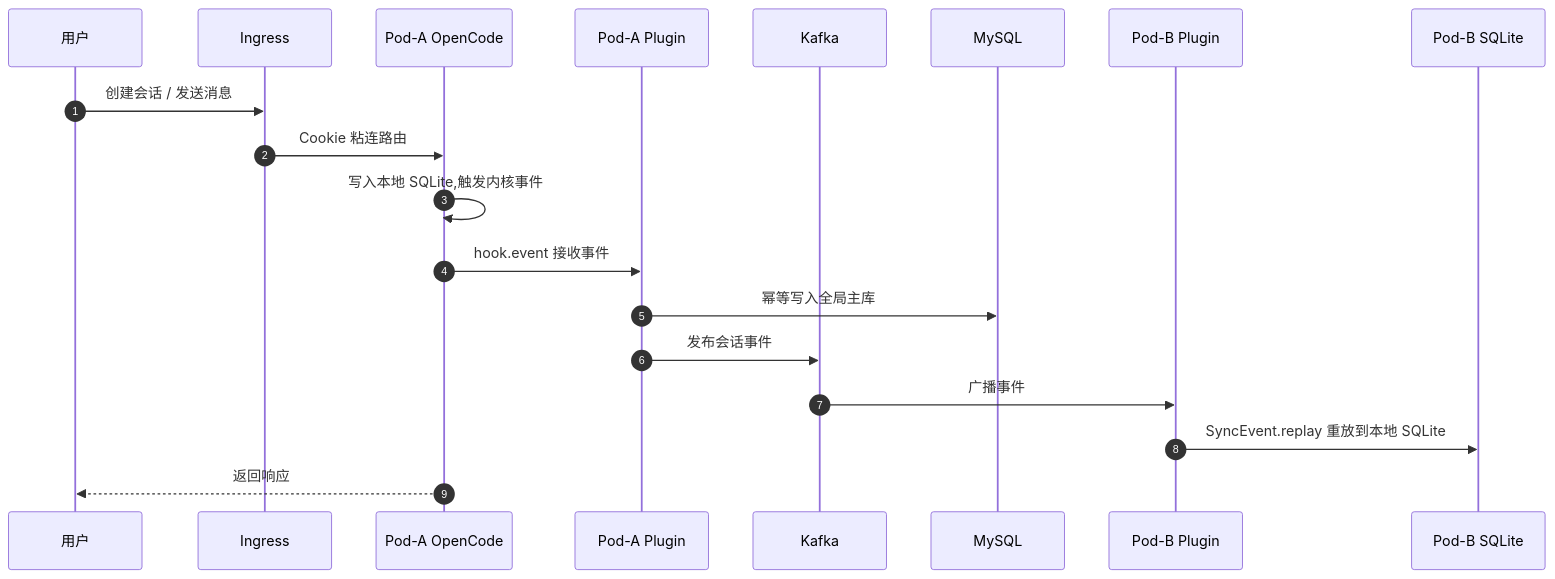
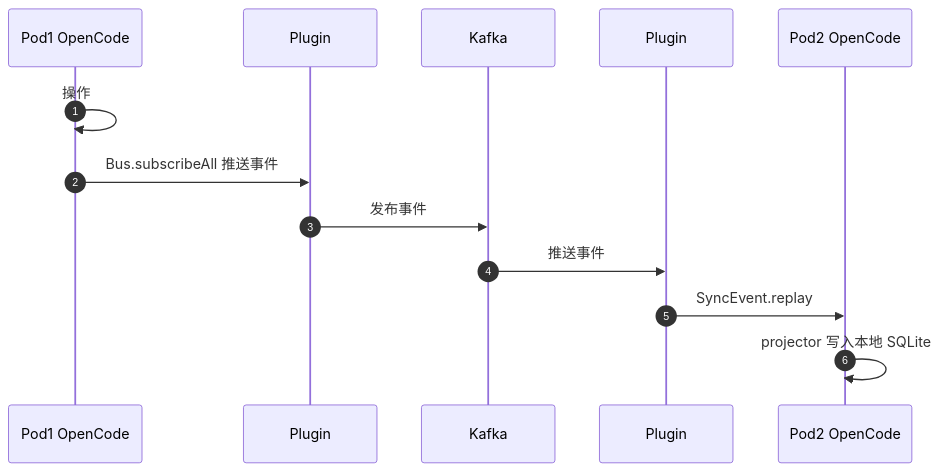
One commit to ArchAIHarness/docs changed the third of 13 diagrams in 0xA0_实践方法/0xA6_OpenCodeK8S集群部署指南.md. Above: the diagram before and after it, drawn with Mermaid. The commit also changed other lines of this file, not shown here.

Commit message:
docs(0xA6): 恢复 OpenCode K8S 完整设计要素

````diff
--- a/0xA0_实践方法/0xA6_OpenCodeK8S集群部署指南.md
+++ b/0xA0_实践方法/0xA6_OpenCodeK8S集群部署指南.md
@@ -91,22 +128,17 @@
 ```mermaid
 sequenceDiagram
     autonumber
-    participant User as 用户
-    participant Ingress as Ingress
-    participant PodA as Pod-A OpenCode
-    participant PluginA as Pod-A Plugin
-    participant Kafka as Kafka
-    participant MySQL as MySQL
-    participant PluginB as Pod-B Plugin
-    participant PodB as Pod-B SQLite
-
-    User->>Ingress: 创建会话 / 发送消息
-    Ingress->>PodA: Cookie 粘连路由
-    PodA->>PodA: 写入本地 SQLite,触发内核事件
-    PodA->>PluginA: hook.event 接收事件
-    PluginA->>MySQL: 幂等写入全局主库
-    PluginA->>Kafka: 发布会话事件
-    Kafka->>PluginB: 广播事件
-    PluginB->>PodB: SyncEvent.replay 重放到本地 SQLite
-    PodA-->>User: 返回响应
+    participant OC1 as Pod1 OpenCode
+    participant Plug1 as Plugin
+    participant KB as Kafka
+    participant Plug2 as Plugin
+    participant OC2 as Pod2 OpenCode
+    
+    OC1->>OC1: 操作
+    OC1->>Plug1: Bus.subscribeAll 推送事件
+    Plug1->>KB: 发布事件
+    
+    KB->>Plug2: 推送事件
+    Plug2->>OC2: SyncEvent.replay
+    OC2->>OC2: projector 写入本地 SQLite
 ```
````
